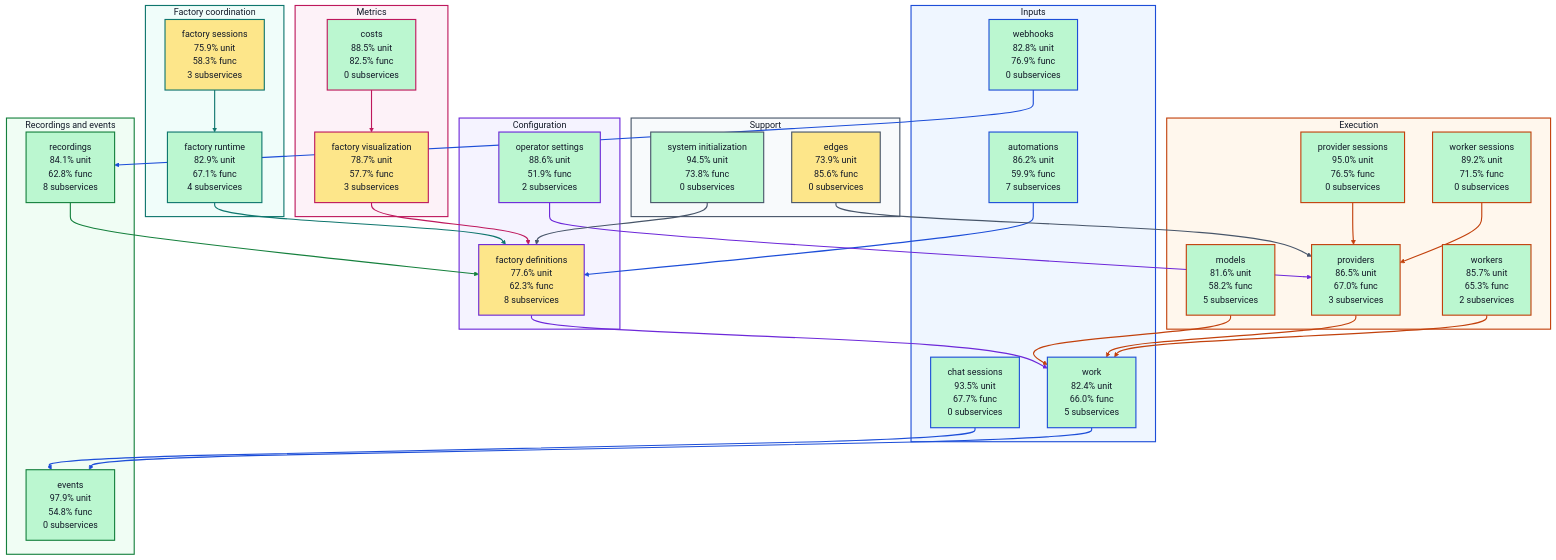
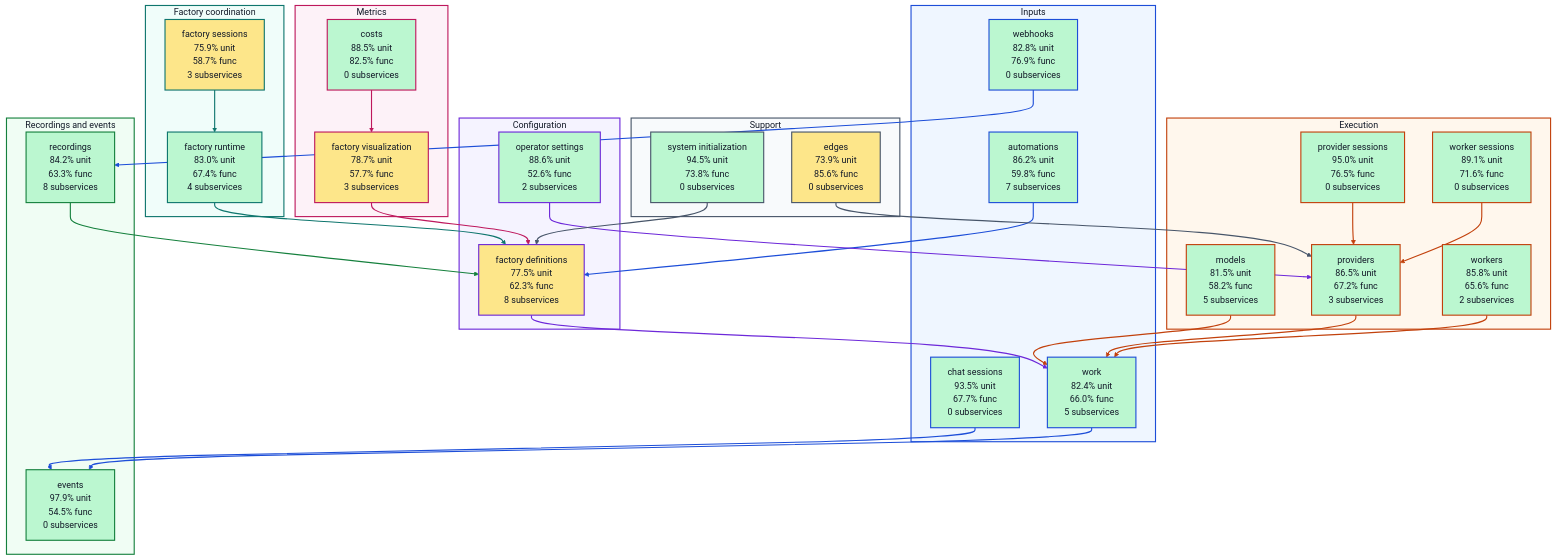
One commit to portpowered/you-agent-factory changed the diagram in docs/architecture/visualizations/high-level-test-coverage.md. Above: the diagram before and after it, drawn with Mermaid (forest theme). The commit also changed other lines of this file and 20 other files, not shown here.

Commit message:
docs: refresh backend architecture visualizations

````diff
--- a/docs/architecture/visualizations/high-level-test-coverage.md
+++ b/docs/architecture/visualizations/high-level-test-coverage.md
@@ -11,29 +11,29 @@
 ```mermaid
 flowchart TB
   subgraph input["Inputs"]
-    s_services_automations["automations<br/>86.2% unit<br/>59.9% func<br/>7 subservices"]
+    s_services_automations["automations<br/>86.2% unit<br/>59.8% func<br/>7 subservices"]
     s_services_chat_sessions["chat sessions<br/>93.5% unit<br/>67.7% func<br/>0 subservices"]
     s_services_webhooks["webhooks<br/>82.8% unit<br/>76.9% func<br/>0 subservices"]
     s_services_work["work<br/>82.4% unit<br/>66.0% func<br/>5 subservices"]
   end
   subgraph configuration["Configuration"]
-    s_services_factory_definitions["factory definitions<br/>77.6% unit<br/>62.3% func<br/>8 subservices"]
-    s_services_operator_settings["operator settings<br/>88.6% unit<br/>51.9% func<br/>2 subservices"]
+    s_services_factory_definitions["factory definitions<br/>77.5% unit<br/>62.3% func<br/>8 subservices"]
+    s_services_operator_settings["operator settings<br/>88.6% unit<br/>52.6% func<br/>2 subservices"]
   end
   subgraph coordination["Factory coordination"]
-    s_services_factory_runtime["factory runtime<br/>82.9% unit<br/>67.1% func<br/>4 subservices"]
-    s_services_factory_sessions["factory sessions<br/>75.9% unit<br/>58.3% func<br/>3 subservices"]
+    s_services_factory_runtime["factory runtime<br/>83.0% unit<br/>67.4% func<br/>4 subservices"]
+    s_services_factory_sessions["factory sessions<br/>75.9% unit<br/>58.7% func<br/>3 subservices"]
   end
   subgraph execution["Execution"]
-    s_services_models["models<br/>81.6% unit<br/>58.2% func<br/>5 subservices"]
+    s_services_models["models<br/>81.5% unit<br/>58.2% func<br/>5 subservices"]
     s_services_provider_sessions["provider sessions<br/>95.0% unit<br/>76.5% func<br/>0 subservices"]
-    s_services_providers["providers<br/>86.5% unit<br/>67.0% func<br/>3 subservices"]
-    s_services_worker_sessions["worker sessions<br/>89.2% unit<br/>71.5% func<br/>0 subservices"]
-    s_services_workers["workers<br/>85.7% unit<br/>65.3% func<br/>2 subservices"]
+    s_services_providers["providers<br/>86.5% unit<br/>67.2% func<br/>3 subservices"]
+    s_services_worker_sessions["worker sessions<br/>89.1% unit<br/>71.6% func<br/>0 subservices"]
+    s_services_workers["workers<br/>85.8% unit<br/>65.6% func<br/>2 subservices"]
   end
   subgraph recordings["Recordings and events"]
-    s_services_events["events<br/>97.9% unit<br/>54.8% func<br/>0 subservices"]
-    s_services_recordings["recordings<br/>84.1% unit<br/>62.8% func<br/>8 subservices"]
+    s_services_events["events<br/>97.9% unit<br/>54.5% func<br/>0 subservices"]
+    s_services_recordings["recordings<br/>84.2% unit<br/>63.3% func<br/>8 subservices"]
   end
   subgraph metrics["Metrics"]
     s_services_costs["costs<br/>88.5% unit<br/>82.5% func<br/>0 subservices"]
````
